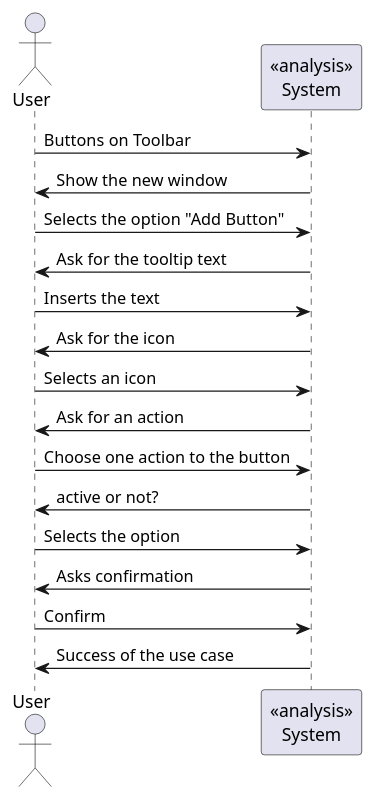
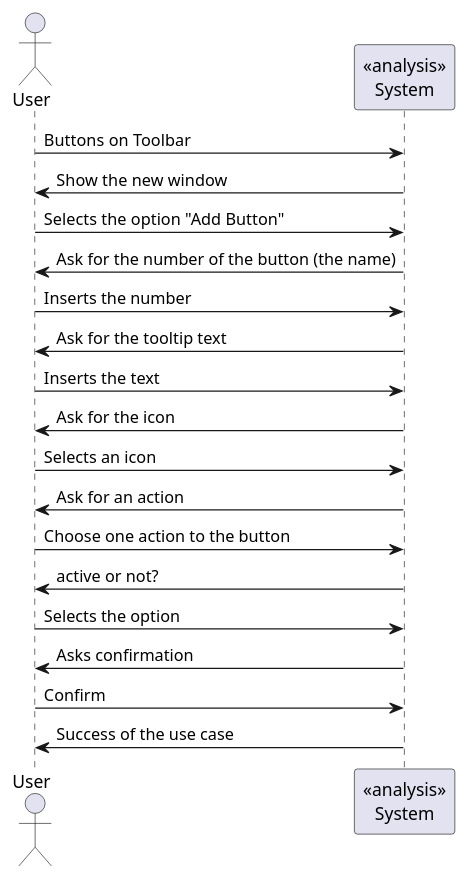
The diagram in src/csheets/userstories/macros09_01/buttons_on_toolbar_i130371/macros_09_01_ssd_add.puml (1130348/Confusao), drawn with PlantUML before and after one commit. The commit also changed 8 other files, not shown here.

```diff
--- a/src/csheets/userstories/macros09_01/buttons_on_toolbar_i130371/macros_09_01_ssd_add.puml
+++ b/src/csheets/userstories/macros09_01/buttons_on_toolbar_i130371/macros_09_01_ssd_add.puml
@@ -1,19 +1,21 @@
   @startuml doc-files/macros_09_01_ssd_add.png
   actor User
   participant "<<analysis>>\nSystem" as s
 
 	User -> s : Buttons on Toolbar
     s -> User: Show the new window
 	User -> s: Selects the option "Add Button"
+	s -> User: Ask for the number of the button (the name)
+	User -> s: Inserts the number
 	s -> User: Ask for the tooltip text
 	User -> s: Inserts the text
 	s -> User: Ask for the icon
 	User -> s: Selects an icon
 	s -> User: Ask for an action
 	User -> s: Choose one action to the button
 	s -> User: active or not?
 	User -> s: Selects the option
 	s -> User: Asks confirmation
 	User -> s: Confirm
 	s -> User: Success of the use case
   @enduml
```
